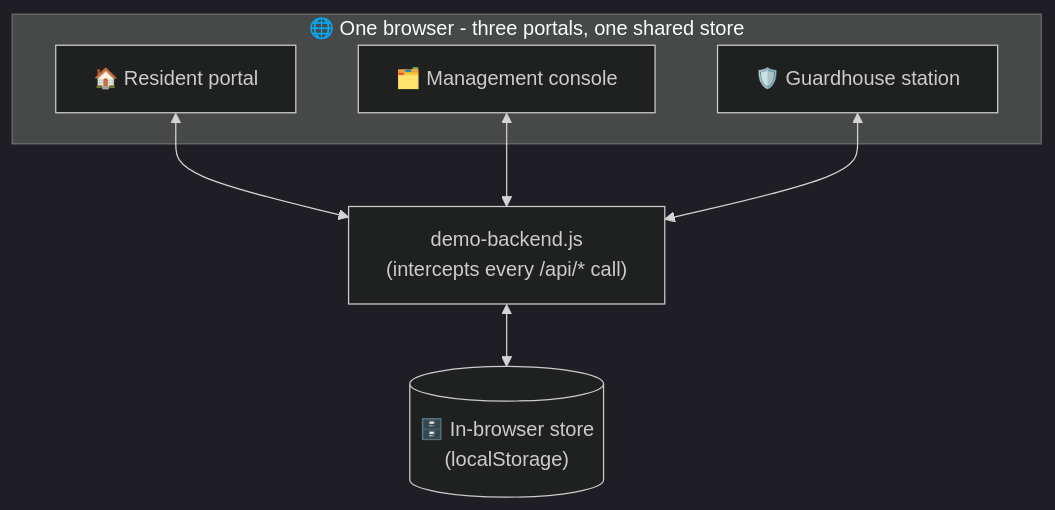
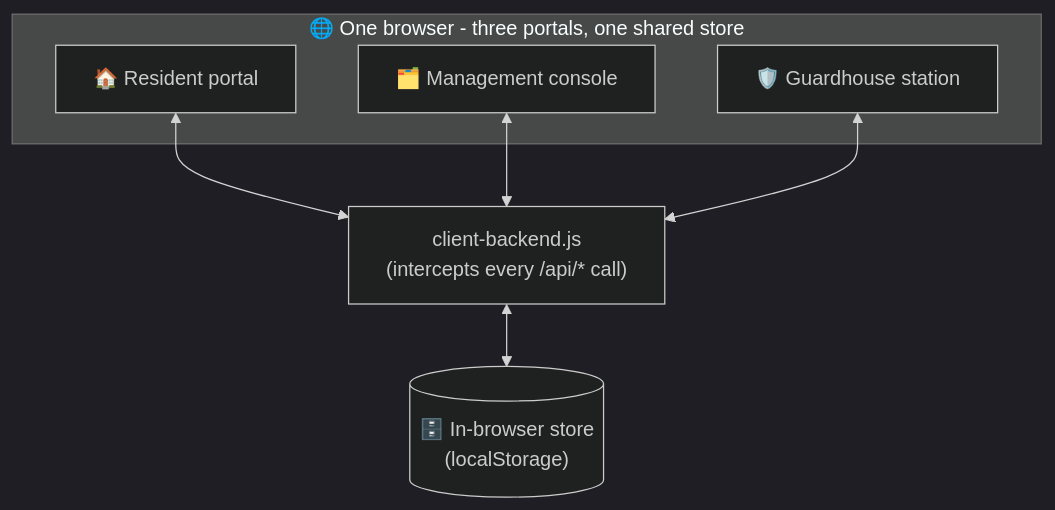
The first of 4 diagrams in README.md (dooddles07/The-Meridian), drawn with Mermaid (dark theme) before and after one commit. The commit also changed other lines of this file and 33 other files, not shown here.

````diff
--- a/README.md
+++ b/README.md
@@ -120,15 +120,15 @@
 ```mermaid
 flowchart TB
     subgraph Browser["🌐 One browser - three portals, one shared store"]
         R["🏠 Resident portal"]
         M["🗂️ Management console"]
         G["🛡️ Guardhouse station"]
     end
-    API["demo-backend.js<br/>(intercepts every /api/* call)"]
+    API["client-backend.js<br/>(intercepts every /api/* call)"]
     DB[("🗄️ In-browser store<br/>(localStorage)")]
 
     R <--> API
     M <--> API
     G <--> API
     API <--> DB
 ```
````
